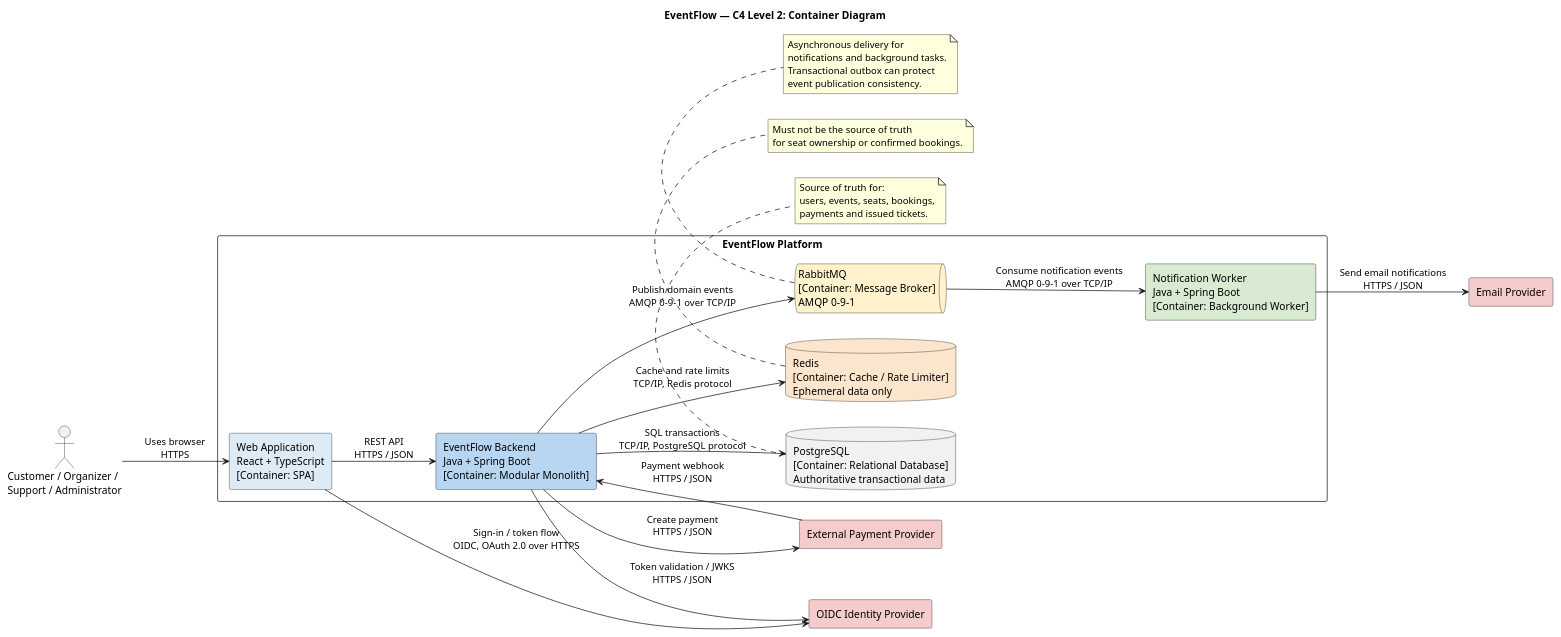
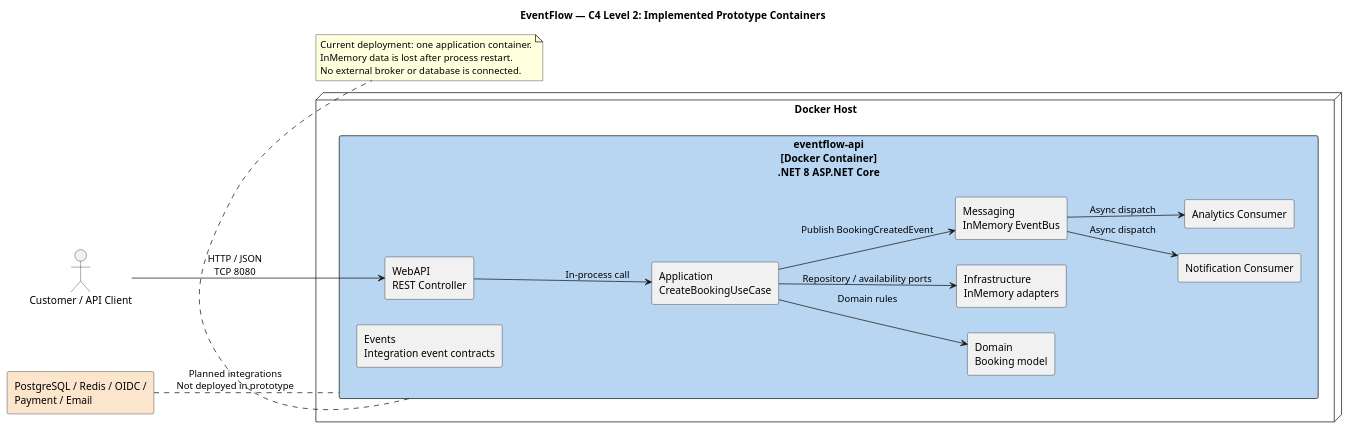
One commit to SMACTEPOK/EventFlow changed the diagram in docs/diagrams/c4-level2-container.puml. Above: the diagram before and after it, drawn with PlantUML. The commit also changed 15 other files, not shown here.

Commit message:
Complete Lab 6 deployment architecture and final ADD

```diff
--- a/docs/diagrams/c4-level2-container.puml
+++ b/docs/diagrams/c4-level2-container.puml
@@ -1,51 +1,38 @@
 @startuml
-title EventFlow — C4 Level 2: Container Diagram
+title EventFlow — C4 Level 2: Implemented Prototype Containers
 left to right direction
 skinparam shadowing false
 skinparam packageStyle rectangle
 
-actor "Customer / Organizer /\nSupport / Administrator" as User
+actor "Customer / API Client" as User
 
-package "EventFlow Platform" {
-  rectangle "Web Application\nReact + TypeScript\n[Container: SPA]" as Web #DDEBF7
-  rectangle "EventFlow Backend\nJava + Spring Boot\n[Container: Modular Monolith]" as Backend #B8D5F2
-  rectangle "Notification Worker\nJava + Spring Boot\n[Container: Background Worker]" as Worker #D9EAD3
-  database "PostgreSQL\n[Container: Relational Database]\nAuthoritative transactional data" as DB
-  database "Redis\n[Container: Cache / Rate Limiter]\nEphemeral data only" as Redis #FCE5CD
-  queue "RabbitMQ\n[Container: Message Broker]\nAMQP 0-9-1" as MQ #FFF2CC
+node "Docker Host" {
+  rectangle "eventflow-api\n[Docker Container]\n.NET 8 ASP.NET Core" as API #B8D5F2 {
+    rectangle "WebAPI\nREST Controller" as Web
+    rectangle "Application\nCreateBookingUseCase" as App
+    rectangle "Domain\nBooking model" as Domain
+    rectangle "Infrastructure\nInMemory adapters" as Infra
+    rectangle "Messaging\nInMemory EventBus" as Bus
+    rectangle "Notification Consumer" as Notify
+    rectangle "Analytics Consumer" as Analytics
+    rectangle "Events\nIntegration event contracts" as Events
+  }
 }
 
-rectangle "OIDC Identity Provider" as IdP #F4CCCC
-rectangle "External Payment Provider" as Payment #F4CCCC
-rectangle "Email Provider" as Email #F4CCCC
+User --> Web : HTTP / JSON\nTCP 8080
+Web --> App : In-process call
+App --> Domain : Domain rules
+App --> Infra : Repository / availability ports
+App --> Bus : Publish BookingCreatedEvent
+Bus --> Notify : Async dispatch
+Bus --> Analytics : Async dispatch
 
-User --> Web : Uses browser\nHTTPS
-Web --> Backend : REST API\nHTTPS / JSON
-Web --> IdP : Sign-in / token flow\nOIDC, OAuth 2.0 over HTTPS
-Backend --> IdP : Token validation / JWKS\nHTTPS / JSON
-Backend --> DB : SQL transactions\nTCP/IP, PostgreSQL protocol
-Backend --> Redis : Cache and rate limits\nTCP/IP, Redis protocol
-Backend --> MQ : Publish domain events\nAMQP 0-9-1 over TCP/IP
-MQ --> Worker : Consume notification events\nAMQP 0-9-1 over TCP/IP
-Worker --> Email : Send email notifications\nHTTPS / JSON
-Backend --> Payment : Create payment\nHTTPS / JSON
-Payment --> Backend : Payment webhook\nHTTPS / JSON
+rectangle "PostgreSQL / Redis / OIDC /\nPayment / Email" as Target #FCE5CD
+Target .. API : Planned integrations\nNot deployed in prototype
 
-note bottom of DB
-  Source of truth for:
-  users, events, seats, bookings,
-  payments and issued tickets.
-end note
-
-note bottom of Redis
-  Must not be the source of truth
-  for seat ownership or confirmed bookings.
-end note
-
-note bottom of MQ
-  Asynchronous delivery for
-  notifications and background tasks.
-  Transactional outbox can protect
-  event publication consistency.
+note bottom of API
+  Current deployment: one application container.
+  InMemory data is lost after process restart.
+  No external broker or database is connected.
 end note
 @enduml
```
